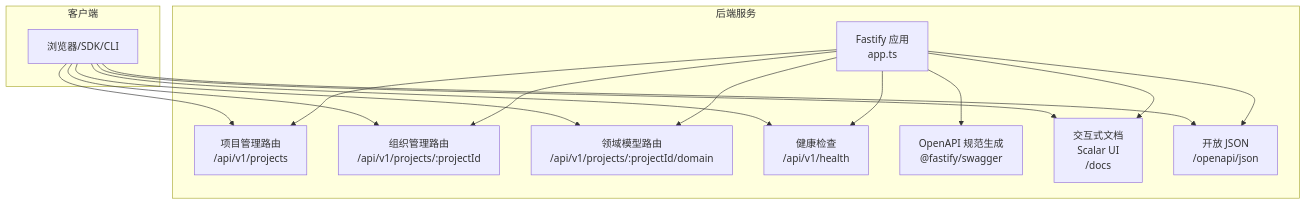
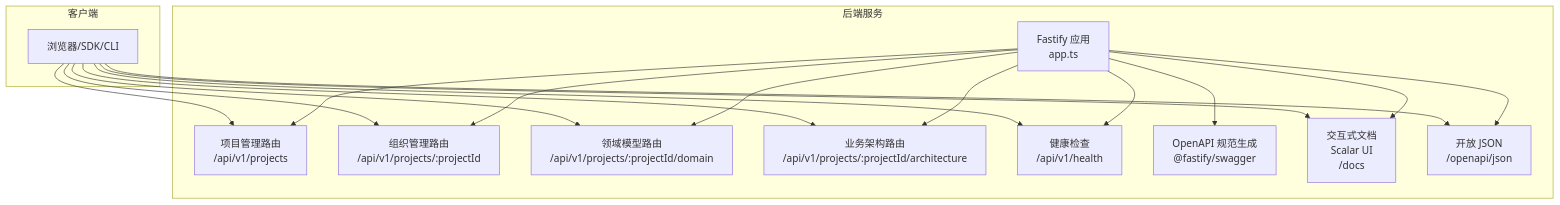
The second of 3 diagrams in .qoder/repowiki/zh/content/API参考/API参考.md (kai-cui1/ai-prototype-manager), drawn with Mermaid before and after one commit. The commit also changed other lines of this file and 295 other files, not shown here.

````diff
--- a/.qoder/repowiki/zh/content/API参考/API参考.md
+++ b/.qoder/repowiki/zh/content/API参考/API参考.md
@@ -76,21 +89,23 @@
 ```mermaid
 graph TB
 subgraph "后端服务"
 S["Fastify 应用<br/>app.ts"] --> P["项目管理路由<br/>/api/v1/projects"]
 S --> O["组织管理路由<br/>/api/v1/projects/:projectId"]
 S --> D["领域模型路由<br/>/api/v1/projects/:projectId/domain"]
+S --> BA["业务架构路由<br/>/api/v1/projects/:projectId/architecture"]
 S --> H["健康检查<br/>/api/v1/health"]
 S --> SW["OpenAPI 规范生成<br/>@fastify/swagger"]
 S --> DOC["交互式文档<br/>Scalar UI<br/>/docs"]
 S --> J["开放 JSON<br/>/openapi/json"]
 end
 subgraph "客户端"
 C["浏览器/SDK/CLI"]
 end
 C --> DOC
 C --> J
 C --> P
 C --> O
 C --> D
+C --> BA
 C --> H
 ```
````
